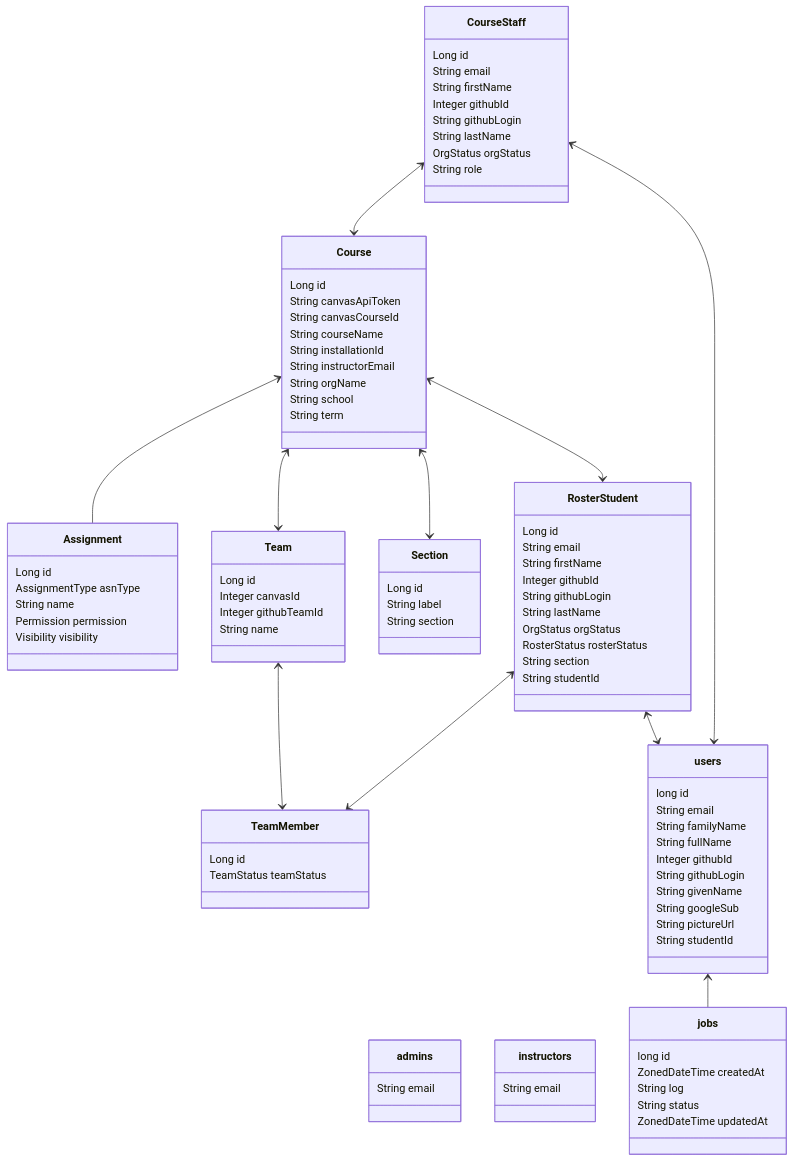
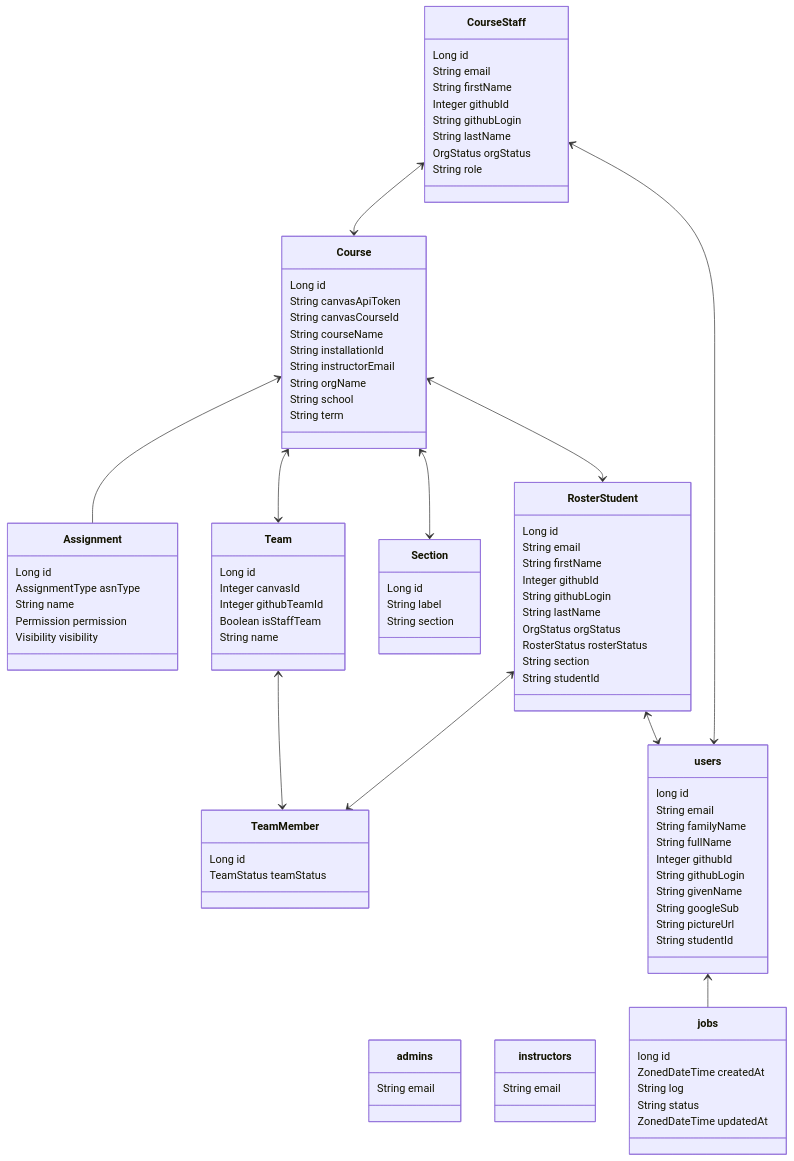
Before and after one commit to ucsb-cs156/proj-frontiers: the diagram in docs/workflow.md, drawn with Mermaid. The commit also changed 22 other files, not shown here.

```diff
--- a/docs/workflow.md
+++ b/docs/workflow.md
@@ -72,6 +72,7 @@
     Long  id
     Integer  canvasId
     Integer  githubTeamId
+    Boolean  isStaffTeam
     String  name
 }
 class TeamMember {
```
